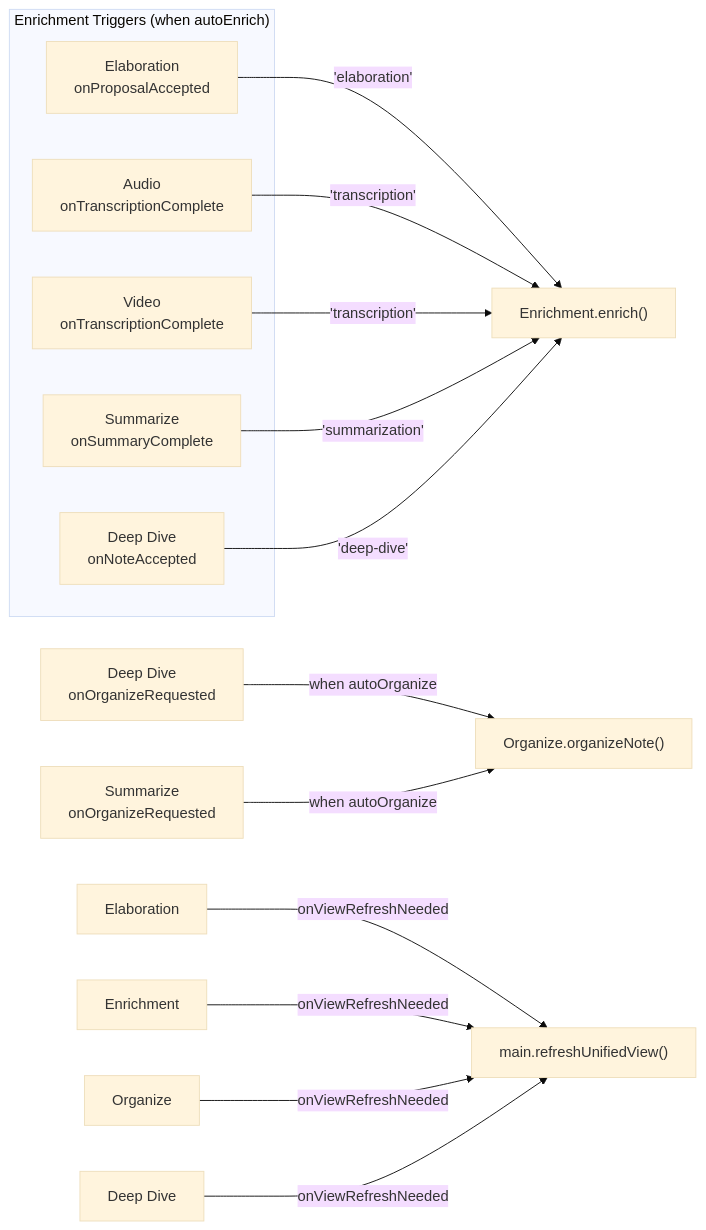
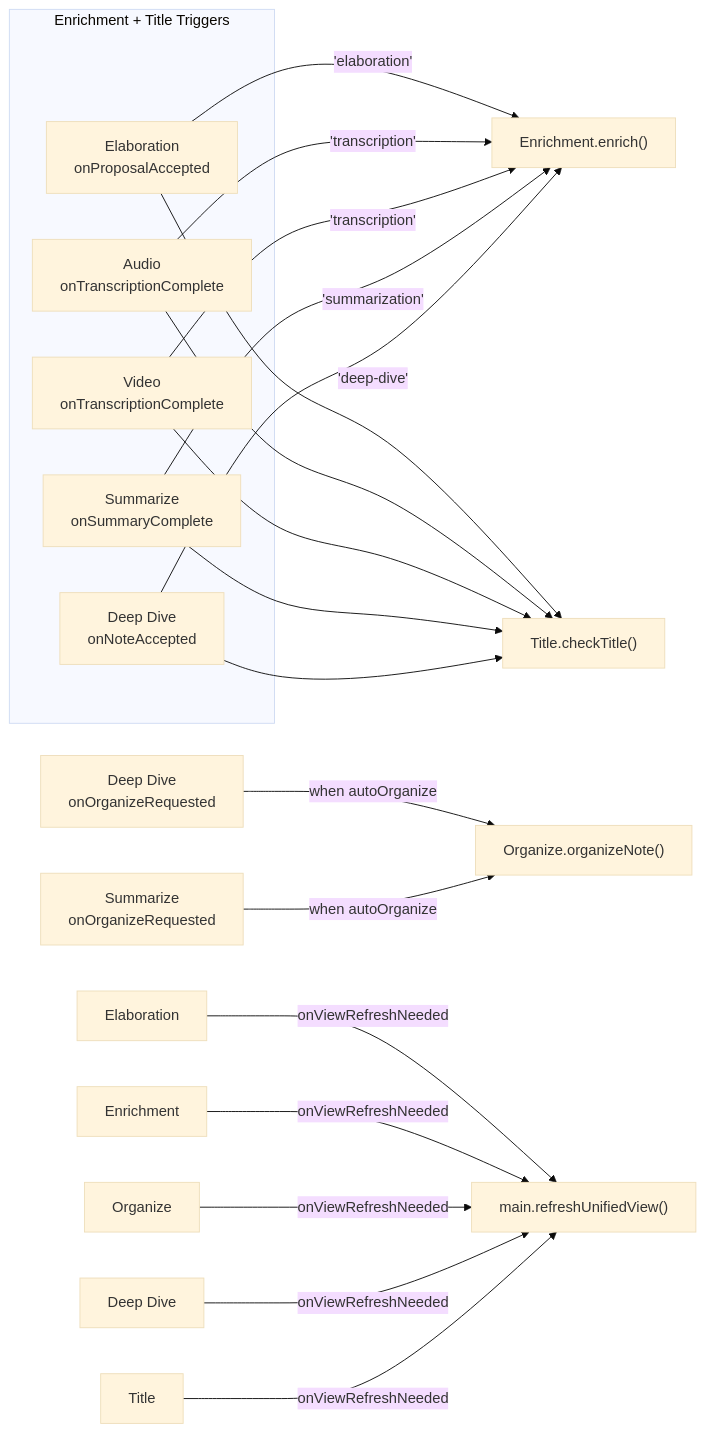
Before and after one commit to dustinkeeton/obsidian-synapse: the sixth of 9 diagrams in ARCHITECTURE.md, drawn with Mermaid (base theme). The commit also changed other lines of this file and 15 other files, not shown here.

First line of the commit message:
chore: codebase audit — architecture fixes and docs refresh (#158)

````diff
--- a/ARCHITECTURE.md
+++ b/ARCHITECTURE.md
@@ -301,23 +316,30 @@
 ```mermaid
 graph LR
-    subgraph Triggers["Enrichment Triggers (when autoEnrich)"]
+    subgraph Triggers["Enrichment + Title Triggers"]
         Elab["Elaboration<br/>onProposalAccepted"]
         Audio["Audio<br/>onTranscriptionComplete"]
         Video["Video<br/>onTranscriptionComplete"]
         Summ["Summarize<br/>onSummaryComplete"]
-        DD["Deep Dive<br/>onNoteAccepted"]
+        DDa["Deep Dive<br/>onNoteAccepted"]
     end
 
     Enrich["Enrichment.enrich()"]
+    TitleChk["Title.checkTitle()"]
 
     Elab -->|"'elaboration'"| Enrich
     Audio -->|"'transcription'"| Enrich
     Video -->|"'transcription'"| Enrich
     Summ -->|"'summarization'"| Enrich
-    DD -->|"'deep-dive'"| Enrich
+    DDa -->|"'deep-dive'"| Enrich
+
+    Elab --> TitleChk
+    Audio --> TitleChk
+    Video --> TitleChk
+    Summ --> TitleChk
+    DDa --> TitleChk
 
     DD2["Deep Dive<br/>onOrganizeRequested"] -->|"when autoOrganize"| Org["Organize.organizeNote()"]
     Summ2["Summarize<br/>onOrganizeRequested"] -->|"when autoOrganize"| Org
 
-    ElabR["Elaboration"] & EnrichR["Enrichment"] & OrgR["Organize"] & DDR["Deep Dive"] -->|onViewRefreshNeeded| Refresh["main.refreshUnifiedView()"]
+    ElabR["Elaboration"] & EnrichR["Enrichment"] & OrgR["Organize"] & DDR["Deep Dive"] & TitleR["Title"] -->|onViewRefreshNeeded| Refresh["main.refreshUnifiedView()"]
 ```
````
